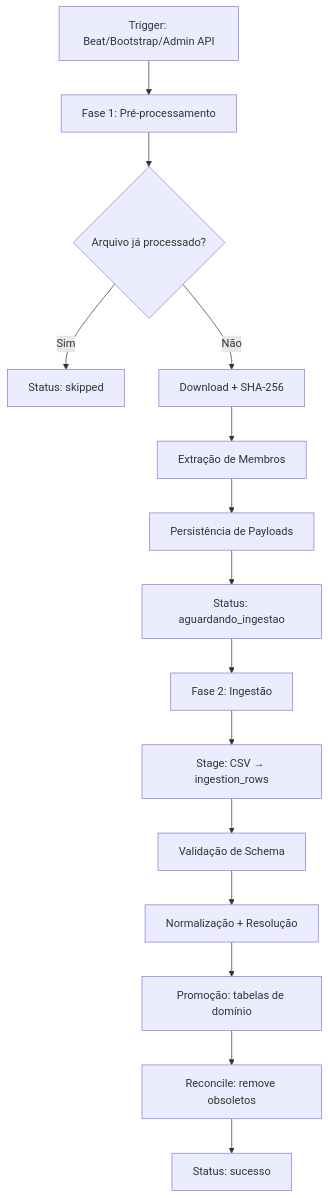
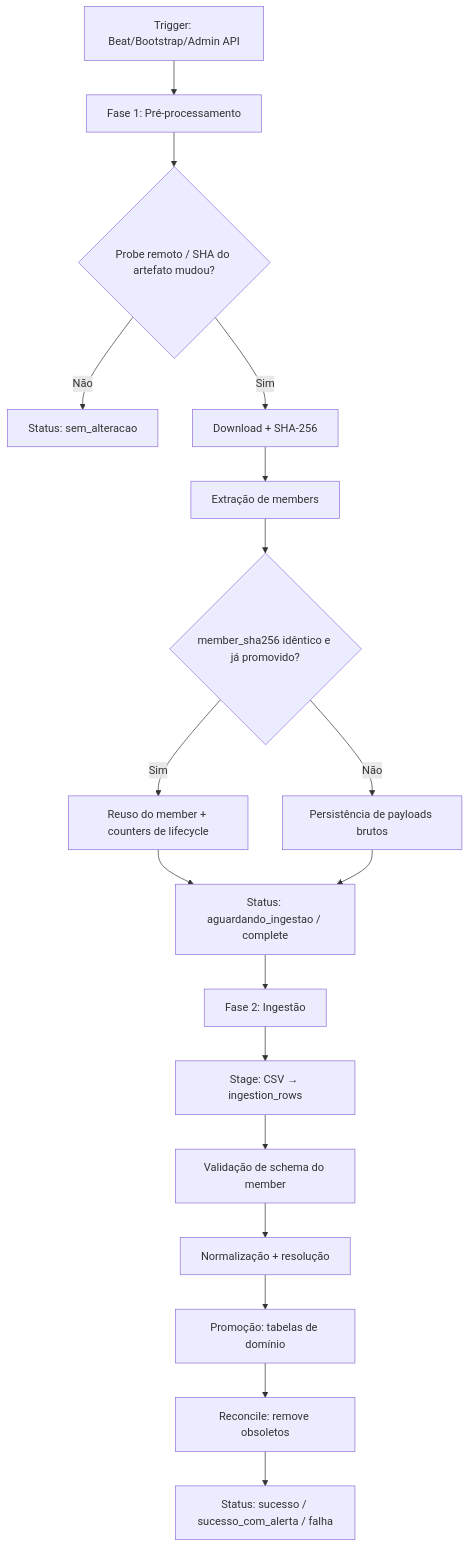
The first of 6 diagrams in docusaurus/docs/concepts/ingestion-pipeline.md (JoseLArantes/cvm.tucano), drawn with Mermaid before and after one commit. The commit also changed other lines of this file and 15 other files, not shown here.

````diff
--- a/docusaurus/docs/concepts/ingestion-pipeline.md
+++ b/docusaurus/docs/concepts/ingestion-pipeline.md
@@ -16,17 +18,20 @@
 ```mermaid
 graph TD
     A["Trigger: Beat/Bootstrap/Admin API"] --> B["Fase 1: Pré-processamento"]
-    B --> C{"Arquivo já processado?"}
-    C -->|Sim| D["Status: skipped"]
-    C -->|Não| E["Download + SHA-256"]
-    E --> F["Extração de Membros"]
-    F --> G["Persistência de Payloads"]
-    G --> H["Status: aguardando_ingestao"]
-    H --> I["Fase 2: Ingestão"]
-    I --> J["Stage: CSV → ingestion_rows"]
-    J --> K["Validação de Schema"]
-    K --> L["Normalização + Resolução"]
-    L --> M["Promoção: tabelas de domínio"]
-    M --> N["Reconcile: remove obsoletos"]
-    N --> O["Status: sucesso"]
+    B --> C{"Probe remoto / SHA do artefato mudou?"}
+    C -->|Não| D["Status: sem_alteracao"]
+    C -->|Sim| E["Download + SHA-256"]
+    E --> F["Extração de members"]
+    F --> G{"member_sha256 idêntico e já promovido?"}
+    G -->|Sim| H["Reuso do member + counters de lifecycle"]
+    G -->|Não| I["Persistência de payloads brutos"]
+    H --> J["Status: aguardando_ingestao / complete"]
+    I --> J
+    J --> K["Fase 2: Ingestão"]
+    K --> L["Stage: CSV → ingestion_rows"]
+    L --> M["Validação de schema do member"]
+    M --> N["Normalização + resolução"]
+    N --> O["Promoção: tabelas de domínio"]
+    O --> P["Reconcile: remove obsoletos"]
+    P --> Q["Status: sucesso / sucesso_com_alerta / falha"]
 ```
````
